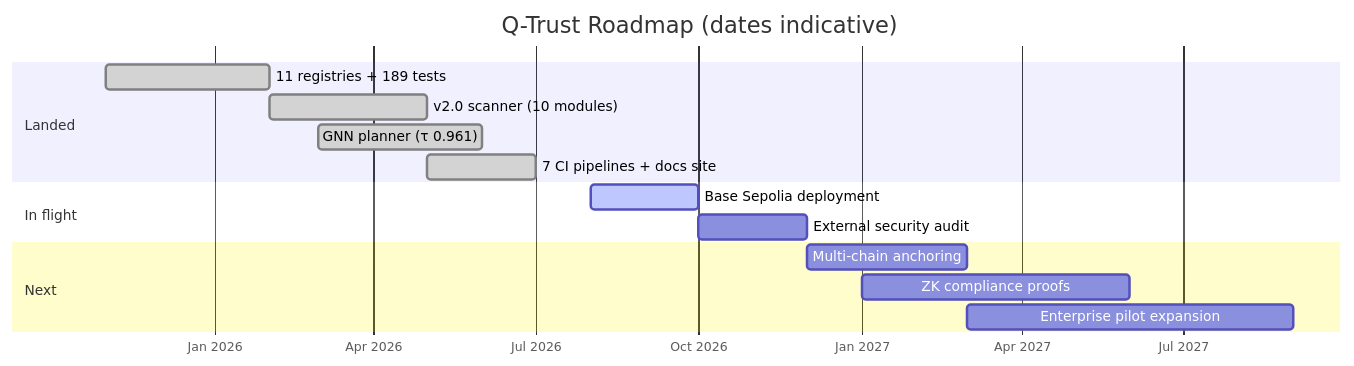
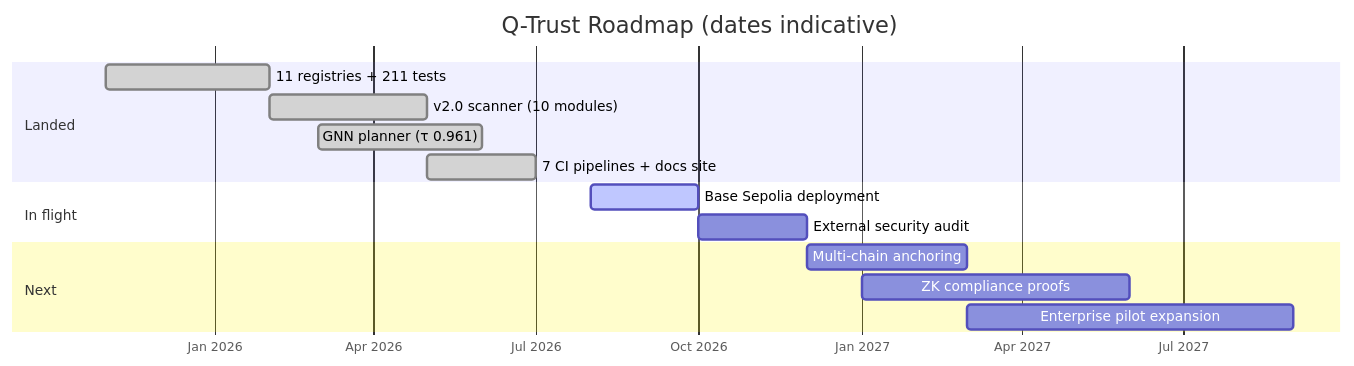
Before and after one commit to VigneshJai-Debug/q-trust: the fourth of 4 diagrams in README.md, drawn with Mermaid. The commit also changed other lines of this file and 90 other files, not shown here.

````diff
--- a/README.md
+++ b/README.md
@@ -540,21 +540,21 @@
 ```mermaid
 gantt
     title Q-Trust Roadmap (dates indicative)
     dateFormat YYYY-MM
     axisFormat %b %Y
 
     section Landed
-    11 registries + 189 tests        :done, 2025-11, 2026-02
+    11 registries + 211 tests        :done, 2025-11, 2026-02
     v2.0 scanner (10 modules)        :done, 2026-02, 2026-05
     GNN planner (τ 0.961)            :done, 2026-03, 2026-06
     7 CI pipelines + docs site       :done, 2026-05, 2026-07
 
     section In flight
     Base Sepolia deployment          :active, 2026-08, 2026-10
     External security audit          :2026-10, 2026-12
 
     section Next
     Multi-chain anchoring            :2026-12, 2027-03
     ZK compliance proofs             :2027-01, 2027-06
     Enterprise pilot expansion       :2027-03, 2027-09
 ```
````
